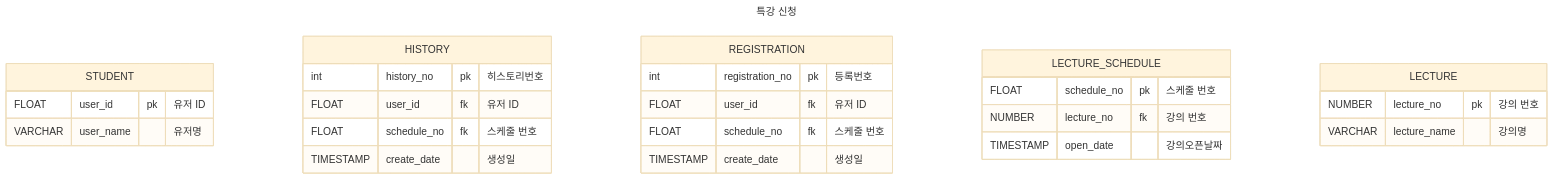
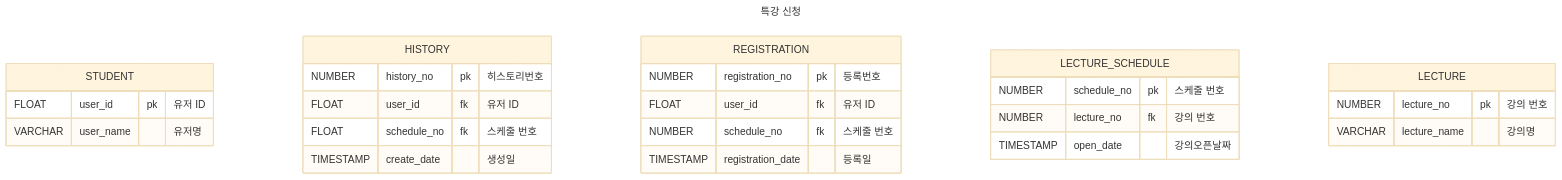
The diagram in README.md (iPhone-design/hhplus-clean-architecture-java), drawn with Mermaid (base theme) before and after one commit.

Commit message:
ERD 설계 보완

````diff
--- a/README.md
+++ b/README.md
@@ -4,31 +4,31 @@
 ```mermaid
 ---
 title: 특강 신청
 ---
 erDiagram
     STUDENT {
         FLOAT user_id pk "유저 ID"
         VARCHAR user_name "유저명"
     }
     HISTORY {
-        int history_no pk "히스토리번호"
+        NUMBER history_no pk "히스토리번호"
         FLOAT user_id fk "유저 ID"
         FLOAT schedule_no fk "스케줄 번호"
         TIMESTAMP create_date "생성일"
     }
     REGISTRATION {
-        int registration_no pk "등록번호"
+        NUMBER registration_no pk "등록번호"
         FLOAT user_id fk "유저 ID"
-        FLOAT schedule_no fk "스케줄 번호"
-        TIMESTAMP create_date "생성일"
+        NUMBER schedule_no fk "스케줄 번호"
+        TIMESTAMP registration_date "등록일"
     }
     LECTURE_SCHEDULE {
-        FLOAT schedule_no pk "스케줄 번호"
+        NUMBER schedule_no pk "스케줄 번호"
         NUMBER lecture_no fk "강의 번호"
         TIMESTAMP open_date "강의오픈날짜"
     }
     LECTURE {
         NUMBER lecture_no pk "강의 번호"
         VARCHAR lecture_name "강의명"
     }
 ```
````
